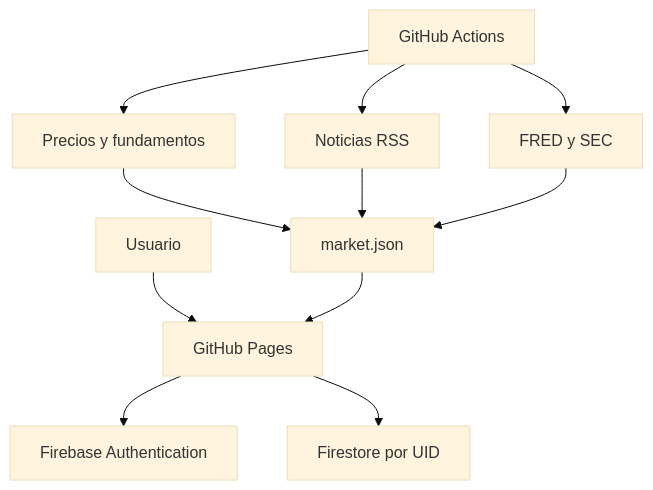
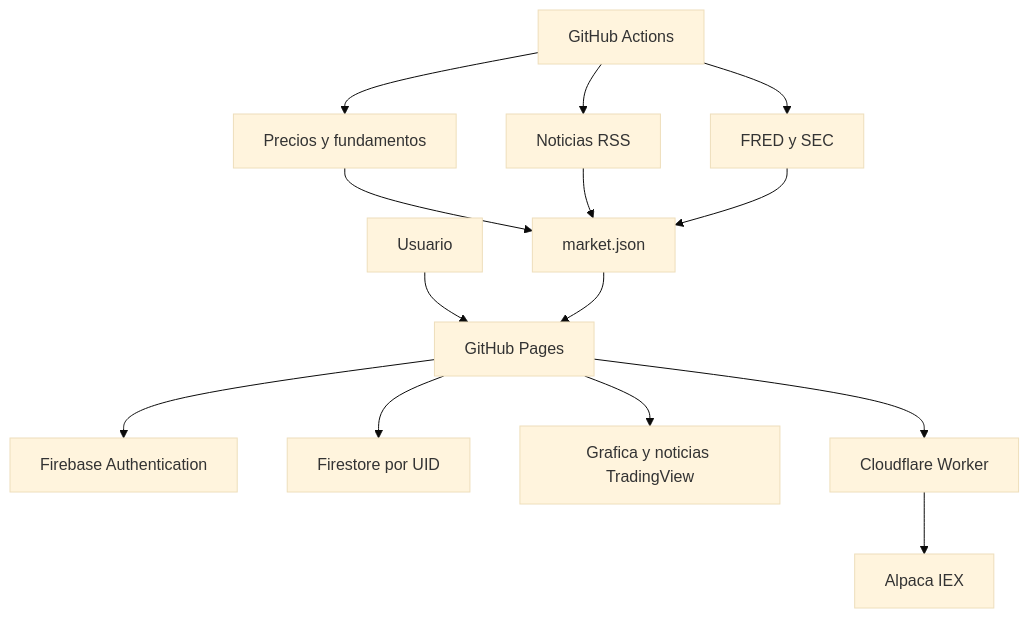
One commit to Apepsis/InvestmenrResearch changed the diagram in README.md. Above: the diagram before and after it, drawn with Mermaid (base theme). The commit also changed other lines of this file and 26 other files, not shown here.

````diff
--- a/README.md
+++ b/README.md
@@ -27,13 +33,16 @@
 ```mermaid
 flowchart TD
   U[Usuario] --> P[GitHub Pages]
   P --> A[Firebase Authentication]
   P --> F[Firestore por UID]
+  P --> T[Grafica y noticias TradingView]
+  P --> C[Cloudflare Worker]
+  C --> L[Alpaca IEX]
   G[GitHub Actions] --> Y[Precios y fundamentos]
   G --> N[Noticias RSS]
   G --> M[FRED y SEC]
   Y --> J[market.json]
   N --> J
   M --> J
   J --> P
 ```
````
